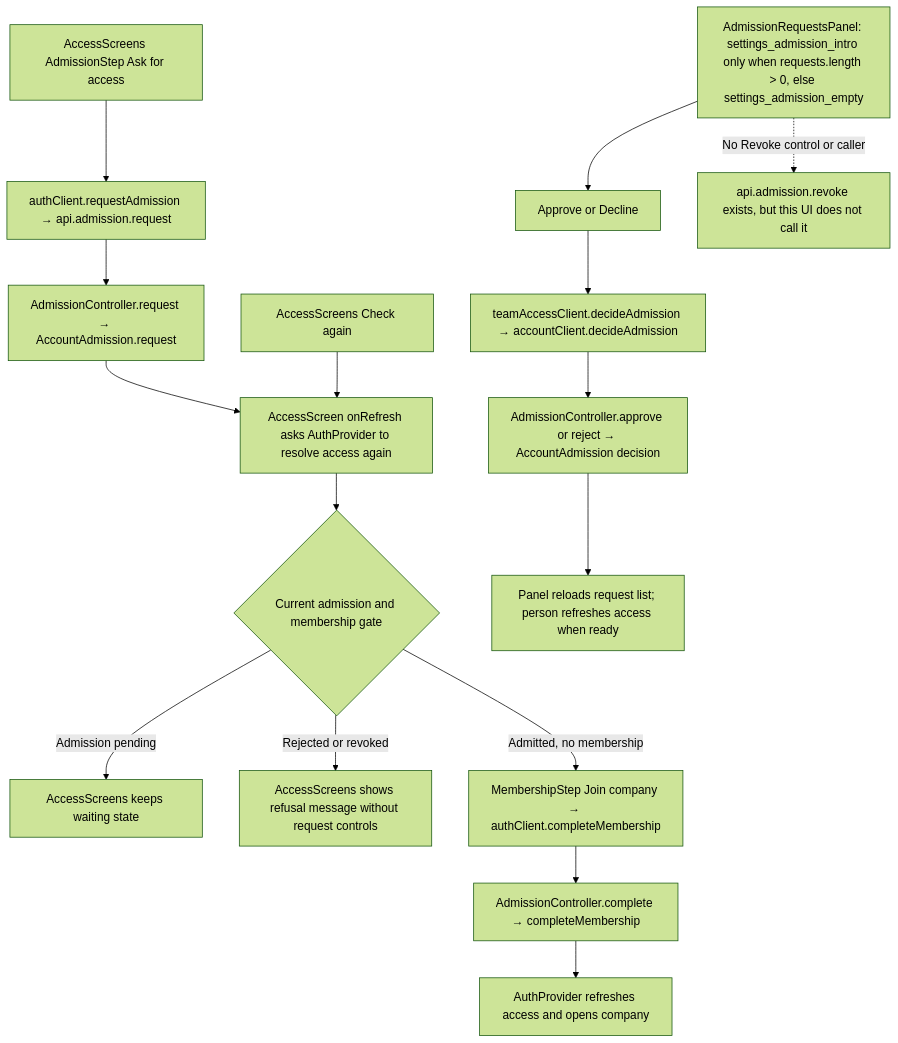
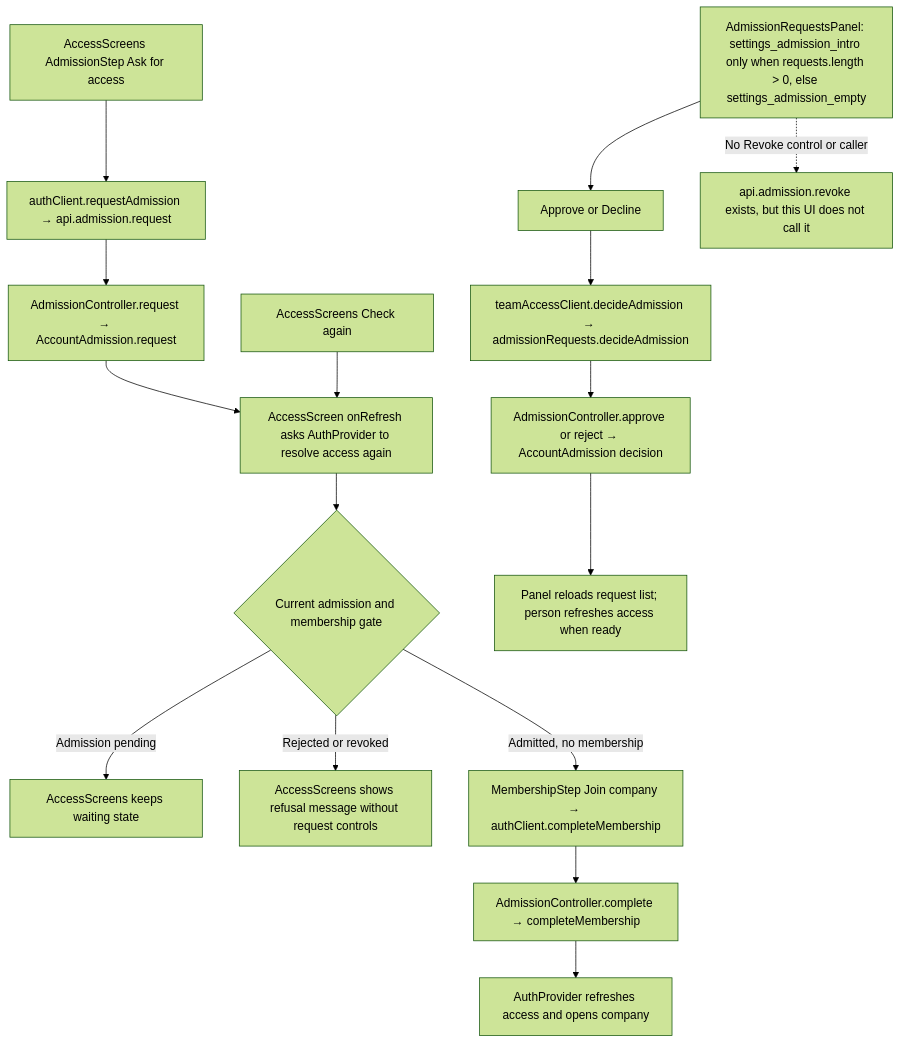
The second of 2 diagrams in user-stories/team/US-TEAM-05-request-admission.md (Kevinjohn/capacitylens), drawn with Mermaid (forest theme) before and after one commit. The commit also changed other lines of this file and 10 other files, not shown here.

````diff
--- a/user-stories/team/US-TEAM-05-request-admission.md
+++ b/user-stories/team/US-TEAM-05-request-admission.md
@@ -37,18 +37,18 @@
 ```mermaid
 flowchart TD
     Ask["AccessScreens AdmissionStep Ask for access"] --> AuthClient["authClient.requestAdmission → api.admission.request"]
     AuthClient --> RequestController["AdmissionController.request → AccountAdmission.request"]
     RequestController --> Refresh["AccessScreen onRefresh asks AuthProvider to resolve access again"]
     Check["AccessScreens Check again"] --> Refresh
     Refresh --> Gate{"Current admission and membership gate"}
     Gate -->|"Admission pending"| Wait["AccessScreens keeps waiting state"]
     Gate -->|"Rejected or revoked"| Refused["AccessScreens shows refusal message without request controls"]
     Gate -->|"Admitted, no membership"| Join["MembershipStep Join company → authClient.completeMembership"]
     Join --> Complete["AdmissionController.complete → completeMembership"]
     Complete --> Company["AuthProvider refreshes access and opens company"]
     Manager["AdmissionRequestsPanel: settings_admission_intro only when requests.length > 0, else settings_admission_empty"] --> Buttons["Approve or Decline"]
-    Buttons --> Client["teamAccessClient.decideAdmission → accountClient.decideAdmission"]
+    Buttons --> Client["teamAccessClient.decideAdmission → admissionRequests.decideAdmission"]
     Client --> Decision["AdmissionController.approve or reject → AccountAdmission decision"]
     Decision --> Reload["Panel reloads request list; person refreshes access when ready"]
     Manager -. "No Revoke control or caller" .-> NoRevoke["api.admission.revoke exists, but this UI does not call it"]
 ```
````
